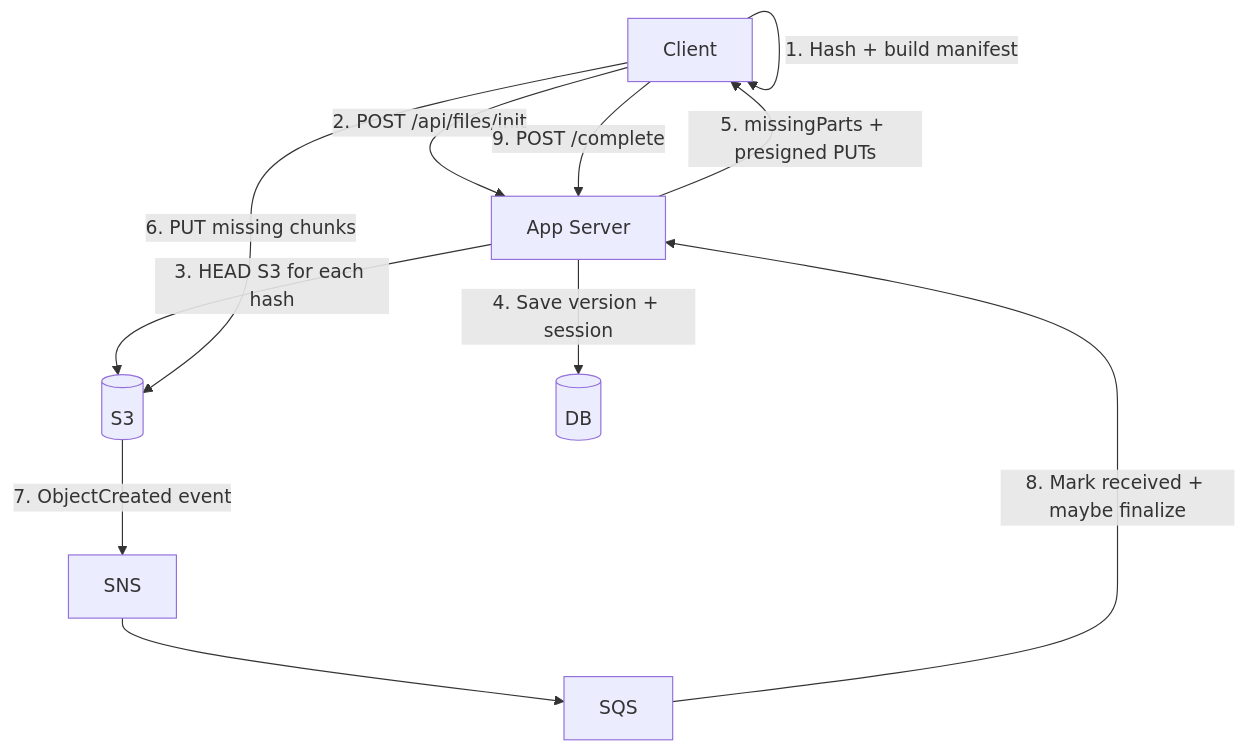
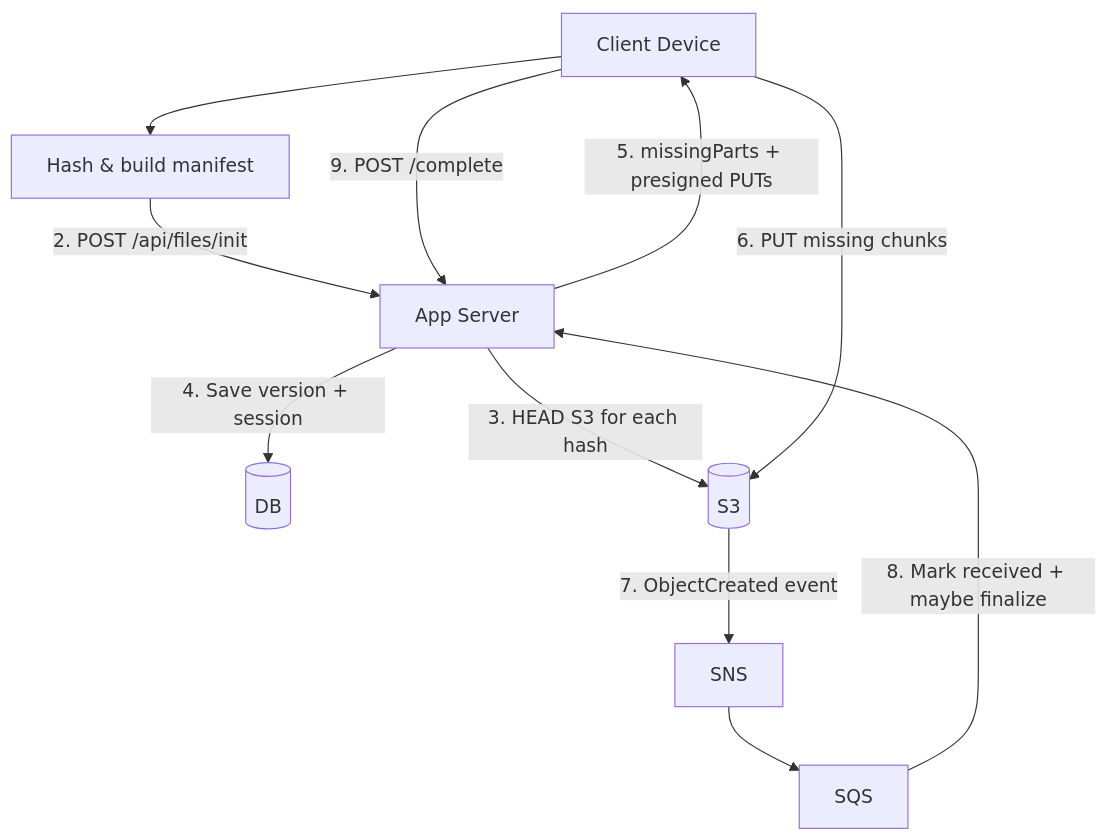
The first of 2 diagrams in dropbox/chunkS3/README.md (ShalomDeitch1/examples), drawn with Mermaid before and after one commit. The commit also changed other lines of this file and 3 other files, not shown here.

````diff
--- a/dropbox/chunkS3/README.md
+++ b/dropbox/chunkS3/README.md
@@ -46,13 +45,21 @@
 ```mermaid
 flowchart TD
-    Client[Client] -->|1. Hash + build manifest| Client
-    Client -->|2. POST /api/files/init| App[App Server]
-    App -->|3. HEAD S3 for each hash| S3[(S3)]
-    App -->|4. Save version + session| DB[(DB)]
+    Client[Client Device]
+    Compute[Hash & build manifest]
+    App[App Server]
+    DB[(DB)]
+    S3[(S3)]
+    SNS[SNS]
+    SQS[SQS]
+
+    Client --> Compute
+    Compute -->|2. POST /api/files/init| App
+    App -->|3. HEAD S3 for each hash| S3
+    App -->|4. Save version + session| DB
     App -->|5. missingParts + presigned PUTs| Client
     Client -->|6. PUT missing chunks| S3
-    S3 -->|7. ObjectCreated event| SNS[SNS]
-    SNS --> SQS[SQS]
+    S3 -->|7. ObjectCreated event| SNS
+    SNS --> SQS
     SQS -->|8. Mark received + maybe finalize| App
     Client -->|9. POST /complete| App
 ```
````
